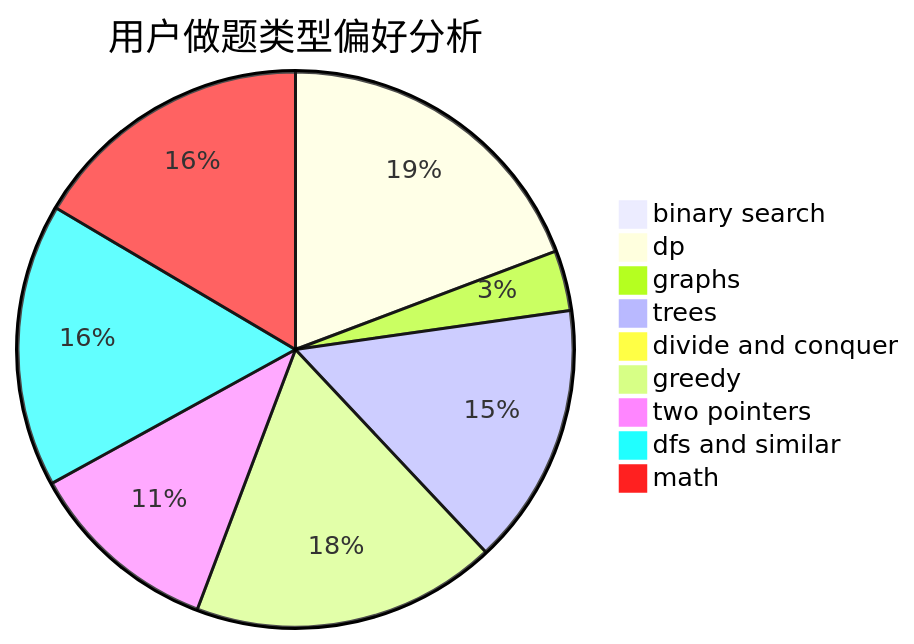
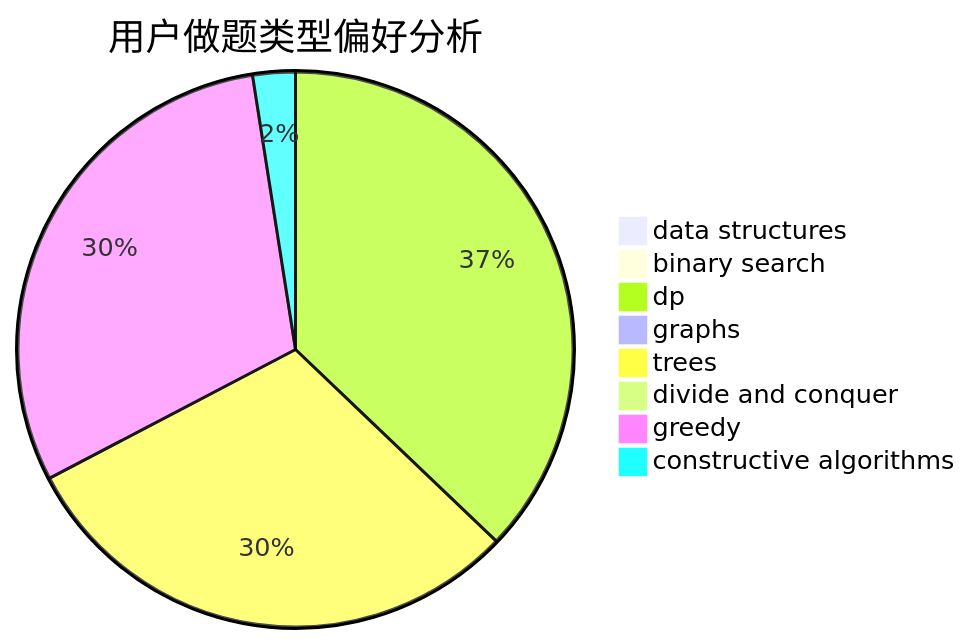
One commit to sherpahu/cfrs.github.io changed the second of 3 diagrams in docs/user/u151.md. Above: the diagram before and after it, drawn with Mermaid. The commit also changed other lines of this file and 2775 other files, not shown here.

````diff
--- a/docs/user/u151.md
+++ b/docs/user/u151.md
@@ -23,12 +23,11 @@
 ```mermaid
 pie title 用户做题类型偏好分析
-    "binary search" :  4
-    "dp" :  77
-    "graphs" :  14
+    "data structures" :  0
+    "binary search" :  0
+    "dp" :  75
+    "graphs" :  0
     "trees" :  61
     "divide and conquer" :  0
-    "greedy" :  71
-    "two pointers" :  45
-    "dfs and similar" :  66
-    "math" :  66
+    "greedy" :  61
+    "constructive algorithms" :  5
 ```
````
